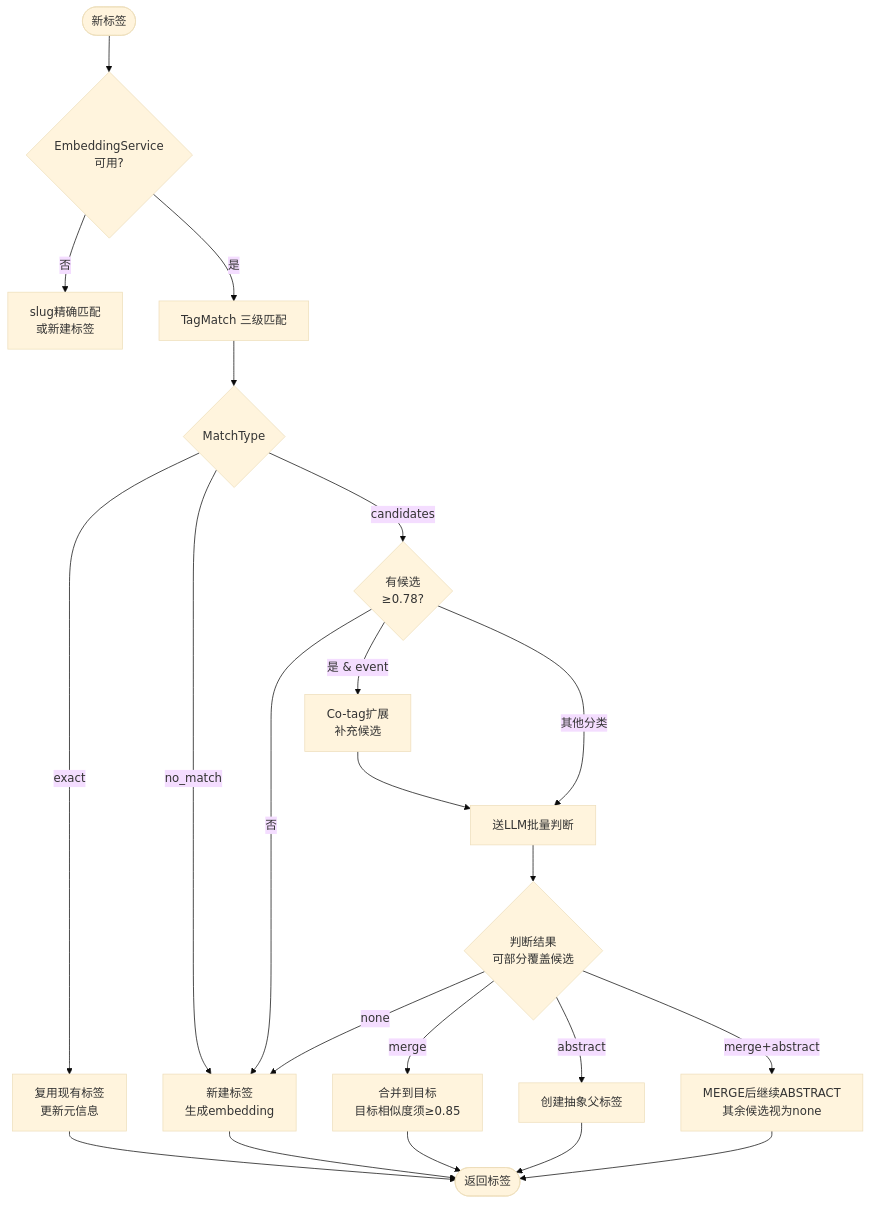
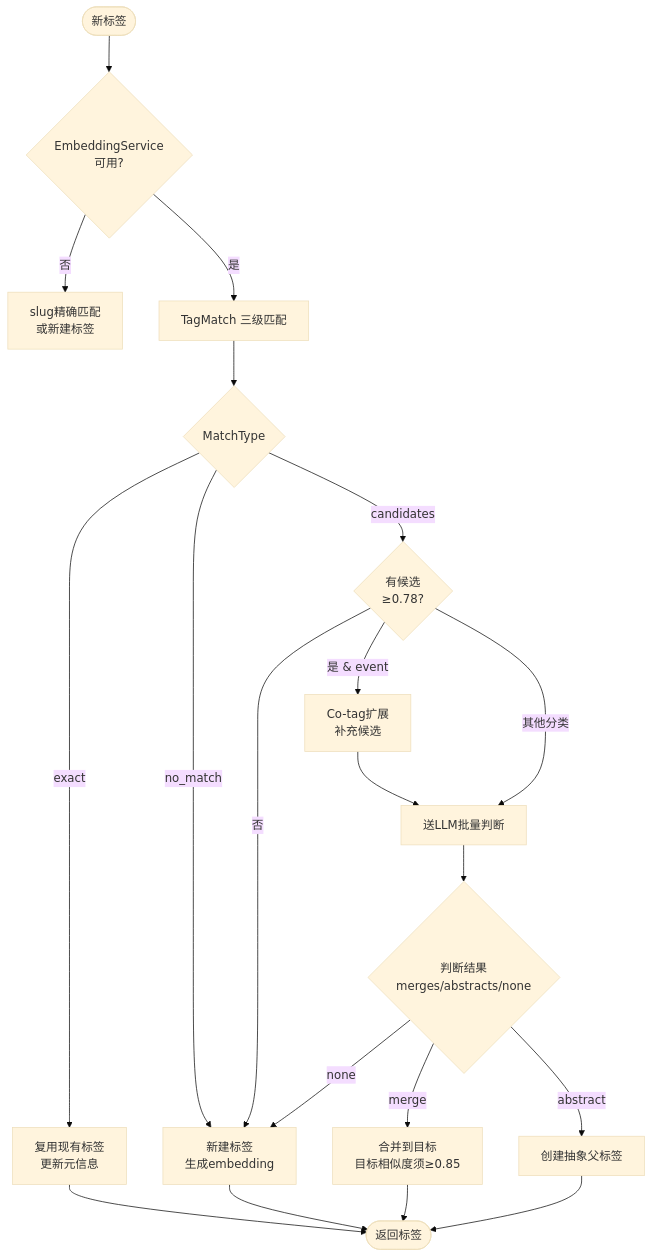
One commit to ZanebonoAlter/ZanebonoRssReader changed the first of 10 diagrams in docs/guides/tagging-flow.md. Above: the diagram before and after it, drawn with Mermaid (base theme). The commit also changed other lines of this file and 67 other files, not shown here.

````diff
--- a/docs/guides/tagging-flow.md
+++ b/docs/guides/tagging-flow.md
@@ -19,27 +19,25 @@
 ```mermaid
 flowchart TD
     START([新标签]) --> SVC{EmbeddingService<br/>可用?}
     SVC -->|否| FALLBACK[slug精确匹配<br/>或新建标签]
     SVC -->|是| TAGMATCH[TagMatch 三级匹配]
     
     TAGMATCH --> EXACT{MatchType}
     EXACT -->|exact| REUSE[复用现有标签<br/>更新元信息]
     EXACT -->|no_match| CREATE[新建标签<br/>生成embedding]
     EXACT -->|candidates| CAND{有候选<br/>≥0.78?}
     
     CAND -->|是 & event| COTAG[Co-tag扩展<br/>补充候选]
     CAND -->|否| CREATE
     COTAG --> LLM[送LLM批量判断]
     CAND -->|其他分类| LLM
     
     REUSE --> END1([返回标签])
     CREATE --> END1
-    LLM --> RESULT{判断结果<br/>可部分覆盖候选}
+    LLM --> RESULT{判断结果<br/>merges/abstracts/none}
     RESULT -->|merge| MERGE[合并到目标<br/>目标相似度须≥0.85]
     RESULT -->|abstract| ABSTRACT[创建抽象父标签]
-    RESULT -->|merge+abstract| BOTH["MERGE后继续ABSTRACT<br/>其余候选视为none"]
     RESULT -->|none| CREATE
     MERGE --> END1
     ABSTRACT --> END1
-    BOTH --> END1
 ```
````
